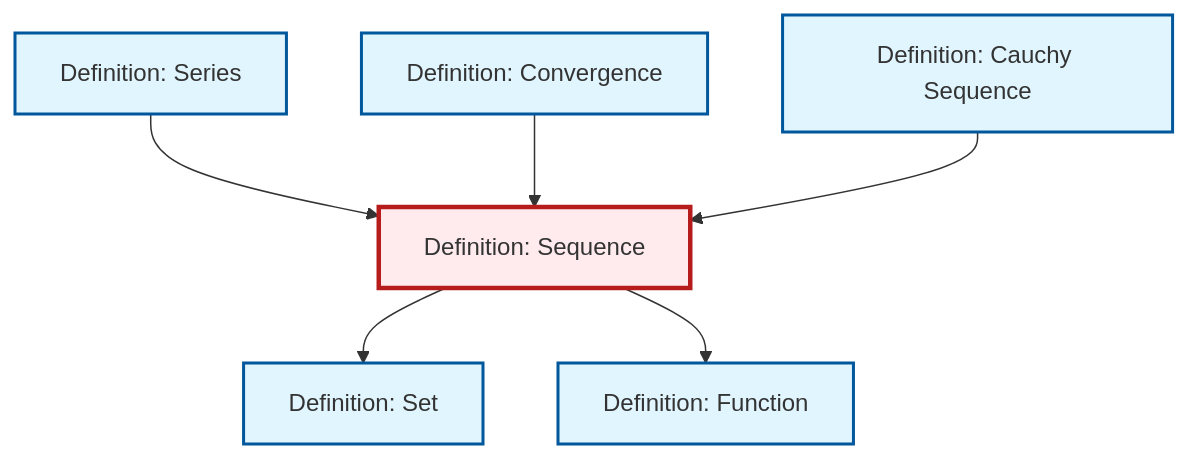
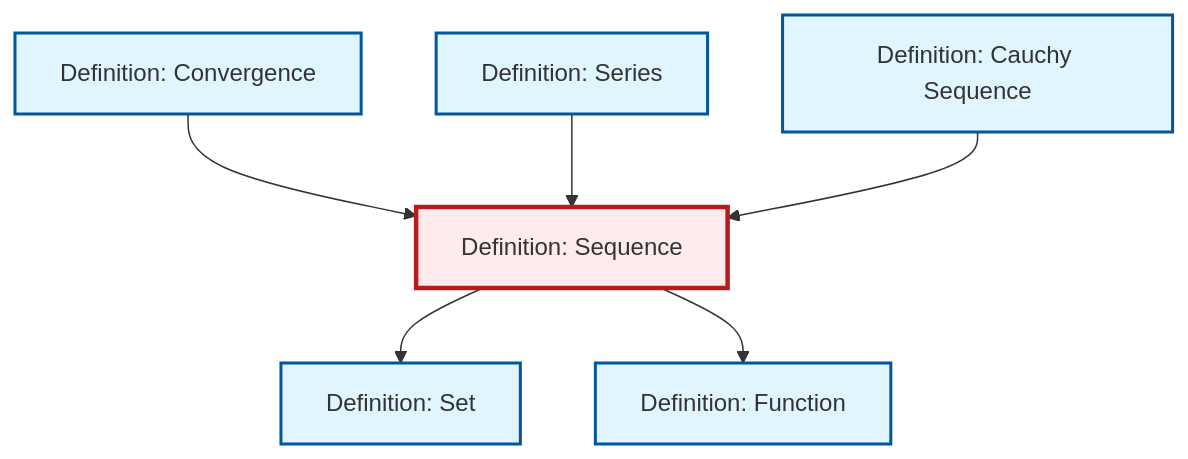
The diagram in content/ja/analysis/def-sequence.qmd (RK0429/ModernMath), drawn with Mermaid before and after one commit. The commit also changed other lines of this file and 654 other files, not shown here.

````diff
--- a/content/ja/analysis/def-sequence.qmd
+++ b/content/ja/analysis/def-sequence.qmd
@@ -77,26 +77,26 @@
 ```{mermaid}
 %%| fig-cap: "Local dependency graph"
 graph TD
     classDef definition fill:#e1f5fe,stroke:#01579b,stroke-width:2px
     classDef theorem fill:#f3e5f5,stroke:#4a148c,stroke-width:2px
     classDef axiom fill:#fff3e0,stroke:#e65100,stroke-width:2px
     classDef example fill:#e8f5e9,stroke:#1b5e20,stroke-width:2px
     classDef current fill:#ffebee,stroke:#b71c1c,stroke-width:3px
+    def-set["Definition: Set"]:::definition
     def-convergence["Definition: Convergence"]:::definition
-    def-sequence["Definition: Sequence"]:::definition
     def-series["Definition: Series"]:::definition
     def-cauchy-sequence["Definition: Cauchy Sequence"]:::definition
     def-function["Definition: Function"]:::definition
-    def-set["Definition: Set"]:::definition
-    def-series --> def-sequence
+    def-sequence["Definition: Sequence"]:::definition
     def-sequence --> def-set
     def-convergence --> def-sequence
+    def-series --> def-sequence
+    def-sequence --> def-function
     def-cauchy-sequence --> def-sequence
-    def-sequence --> def-function
     class def-sequence current
+    click def-set "def-set.html" "Definition: Setへ"
     click def-convergence "def-convergence.html" "Definition: Convergenceへ"
     click def-series "def-series.html" "Definition: Seriesへ"
     click def-cauchy-sequence "def-cauchy-sequence.html" "Definition: Cauchy Sequenceへ"
     click def-function "def-function.html" "Definition: Functionへ"
-    click def-set "def-set.html" "Definition: Setへ"
 ```
````
